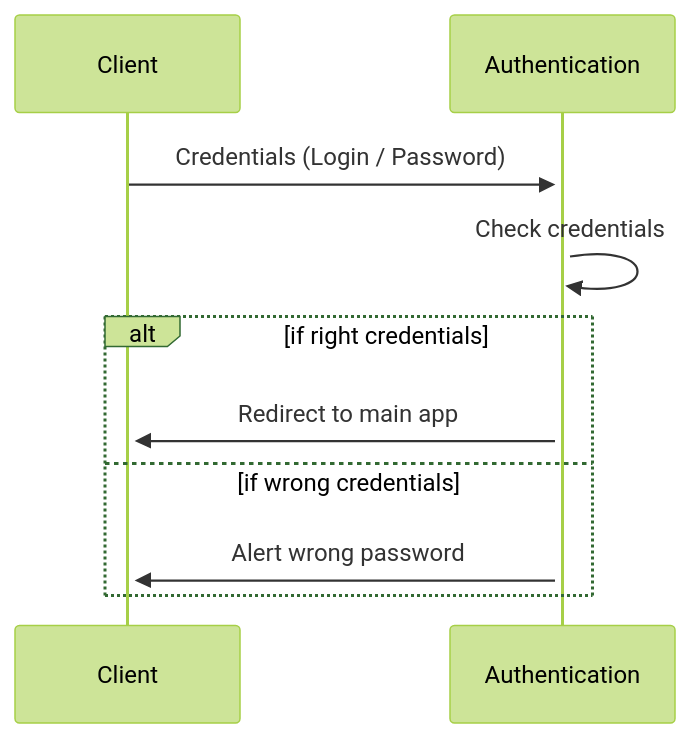
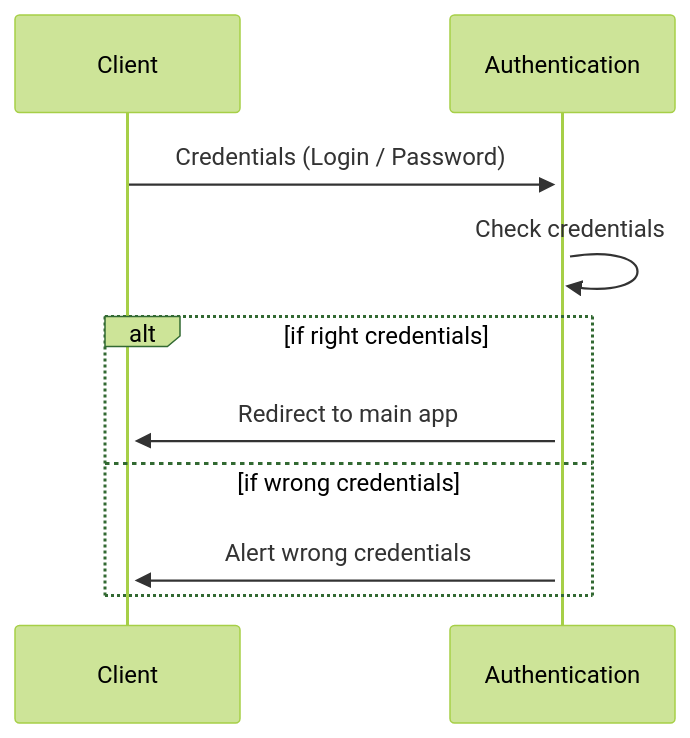
One commit to dorian-roux/DoLus-Sutom-APP changed the second of 4 diagrams in README.md. Above: the diagram before and after it, drawn with Mermaid (forest theme). The commit also changed other lines of this file, not shown here.

````diff
--- a/README.md
+++ b/README.md
@@ -103,11 +104,11 @@
 ```mermaid
 sequenceDiagram
     Client ->>+ Authentication: Credentials (Login / Password)    
     Authentication ->>+ Authentication: Check credentials
 
     alt if right credentials
         Authentication ->>+ Client: Redirect to main app
     else if wrong credentials
-        Authentication ->>+ Client: Alert wrong password
+        Authentication ->>+ Client: Alert wrong credentials
 end
 ```
````
